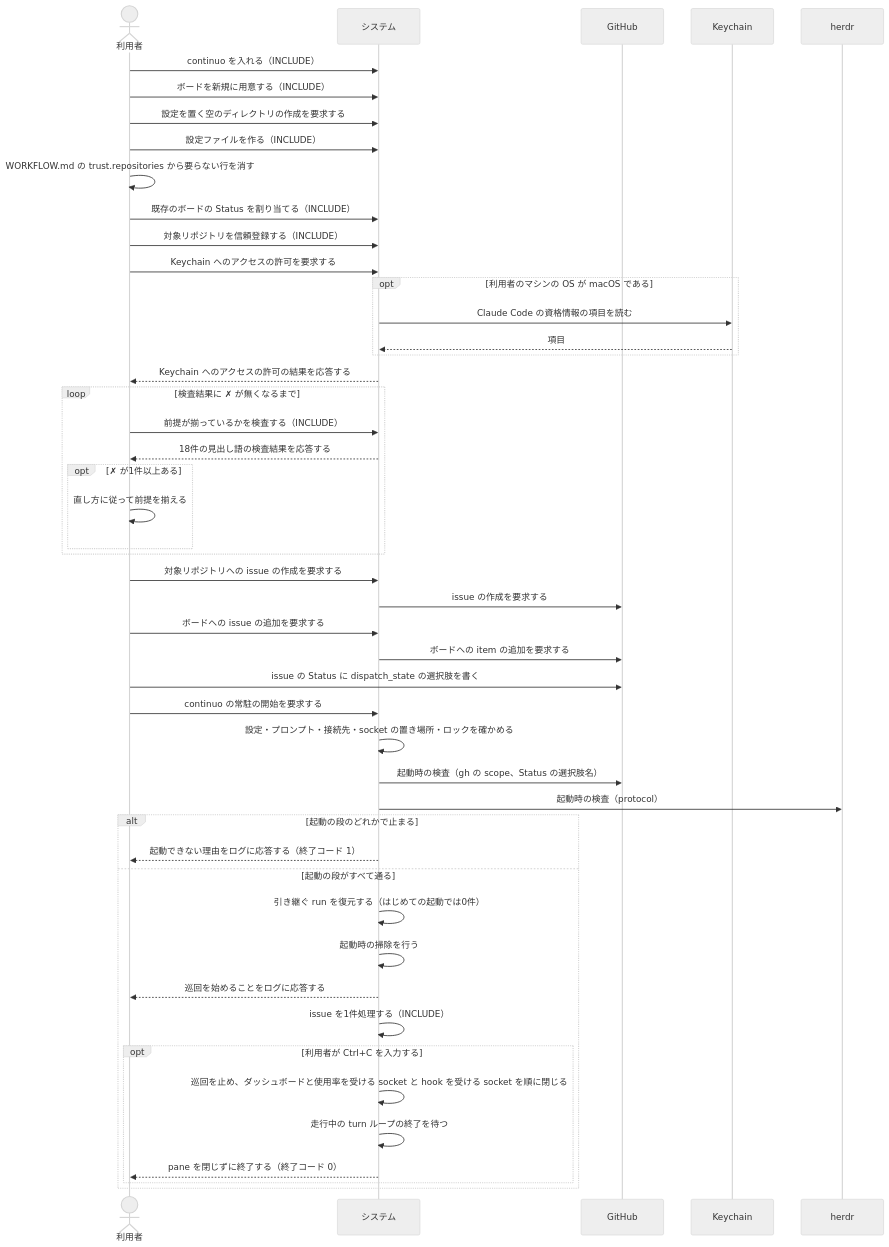
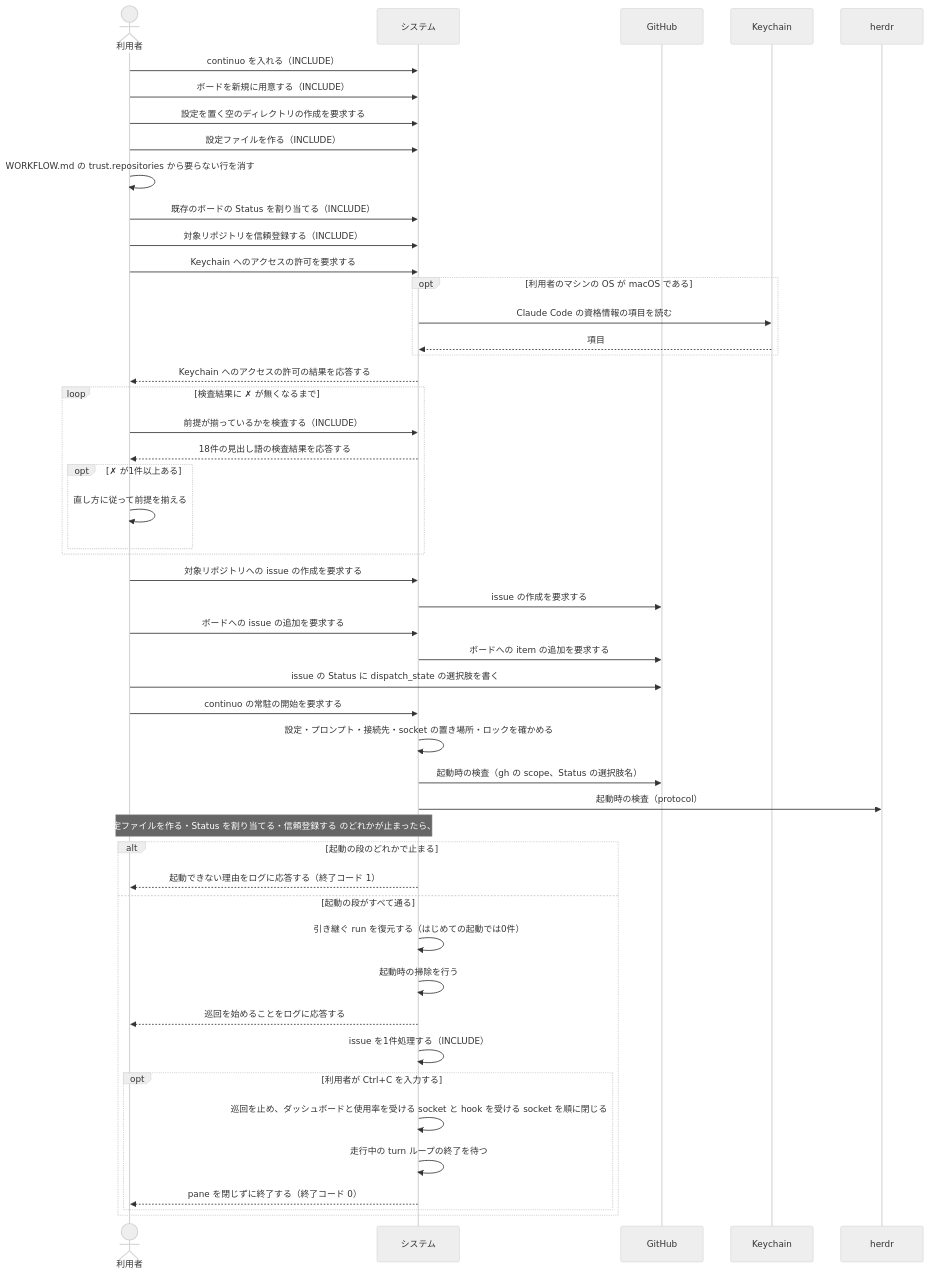
The second of 2 diagrams in docs/spec/usecases/scenario/はじめて continuo を動かせるようにする.rucm.md (maimuzo/continuo), drawn with Mermaid (neutral theme) before and after one commit. The commit also changed other lines of this file and 93 other files, not shown here.

````diff
--- a/docs/spec/usecases/scenario/はじめて continuo を動かせるようにする.rucm.md
+++ b/docs/spec/usecases/scenario/はじめて continuo を動かせるようにする.rucm.md
@@ -254,51 +281,52 @@
 ```mermaid
 sequenceDiagram
     actor User as 利用者
     participant Sys as システム
     participant GH as GitHub
     participant KC as Keychain
     participant Herdr as herdr
 
     User->>Sys: continuo を入れる（INCLUDE）
     User->>Sys: ボードを新規に用意する（INCLUDE）
     User->>Sys: 設定を置く空のディレクトリの作成を要求する
     User->>Sys: 設定ファイルを作る（INCLUDE）
     User->>User: WORKFLOW.md の trust.repositories から要らない行を消す
     User->>Sys: 既存のボードの Status を割り当てる（INCLUDE）
     User->>Sys: 対象リポジトリを信頼登録する（INCLUDE）
     User->>Sys: Keychain へのアクセスの許可を要求する
     opt 利用者のマシンの OS が macOS である
         Sys->>KC: Claude Code の資格情報の項目を読む
         KC-->>Sys: 項目
     end
     Sys-->>User: Keychain へのアクセスの許可の結果を応答する
     loop 検査結果に ✗ が無くなるまで
         User->>Sys: 前提が揃っているかを検査する（INCLUDE）
         Sys-->>User: 18件の見出し語の検査結果を応答する
         opt ✗ が1件以上ある
             User->>User: 直し方に従って前提を揃える
         end
     end
     User->>Sys: 対象リポジトリへの issue の作成を要求する
     Sys->>GH: issue の作成を要求する
     User->>Sys: ボードへの issue の追加を要求する
     Sys->>GH: ボードへの item の追加を要求する
     User->>GH: issue の Status に dispatch_state の選択肢を書く
     User->>Sys: continuo の常駐の開始を要求する
     Sys->>Sys: 設定・プロンプト・接続先・socket の置き場所・ロックを確かめる
     Sys->>GH: 起動時の検査（gh の scope、Status の選択肢名）
     Sys->>Herdr: 起動時の検査（protocol）
+    Note over User,Sys: continuo を入れる・設定ファイルを作る・Status を割り当てる・信頼登録する のどれかが止まったら、ここへ来る前に ABORT
     alt 起動の段のどれかで止まる
         Sys-->>User: 起動できない理由をログに応答する（終了コード 1）
     else 起動の段がすべて通る
         Sys->>Sys: 引き継ぐ run を復元する（はじめての起動では0件）
         Sys->>Sys: 起動時の掃除を行う
         Sys-->>User: 巡回を始めることをログに応答する
         Sys->>Sys: issue を1件処理する（INCLUDE）
         opt 利用者が Ctrl+C を入力する
             Sys->>Sys: 巡回を止め、ダッシュボードと使用率を受ける socket と hook を受ける socket を順に閉じる
             Sys->>Sys: 走行中の turn ループの終了を待つ
             Sys-->>User: pane を閉じずに終了する（終了コード 0）
         end
     end
 ```
````
